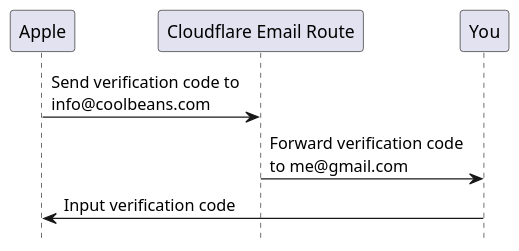
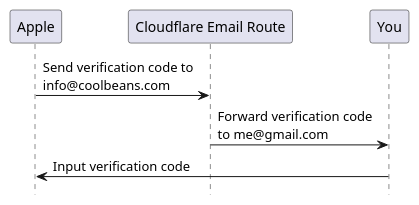
The diagram in _posts/2024-11-17-set-up-a-cheap-web-and-email-domain-for-the-apple-developer-program.adoc (cristianrgreco/cristianrgreco.github.io-), drawn with PlantUML before and after one commit. The commit also changed 2 other files, not shown here.

```diff
--- a/_posts/2024-11-17-set-up-a-cheap-web-and-email-domain-for-the-apple-developer-program.adoc
+++ b/_posts/2024-11-17-set-up-a-cheap-web-and-email-domain-for-the-apple-developer-program.adoc
@@ -15,13 +15,12 @@
 [plantuml, format=svg]
 ----
 hide footbox
-scale 1.25
 
 Participant Apple
 Participant CFER as "Cloudflare Email Route"
 Participant You
 
 Apple -> CFER: Send verification code to\ninfo@coolbeans.com
 CFER -> You: Forward verification code\nto me@gmail.com
 You -> Apple: Input verification code
 ----
```
